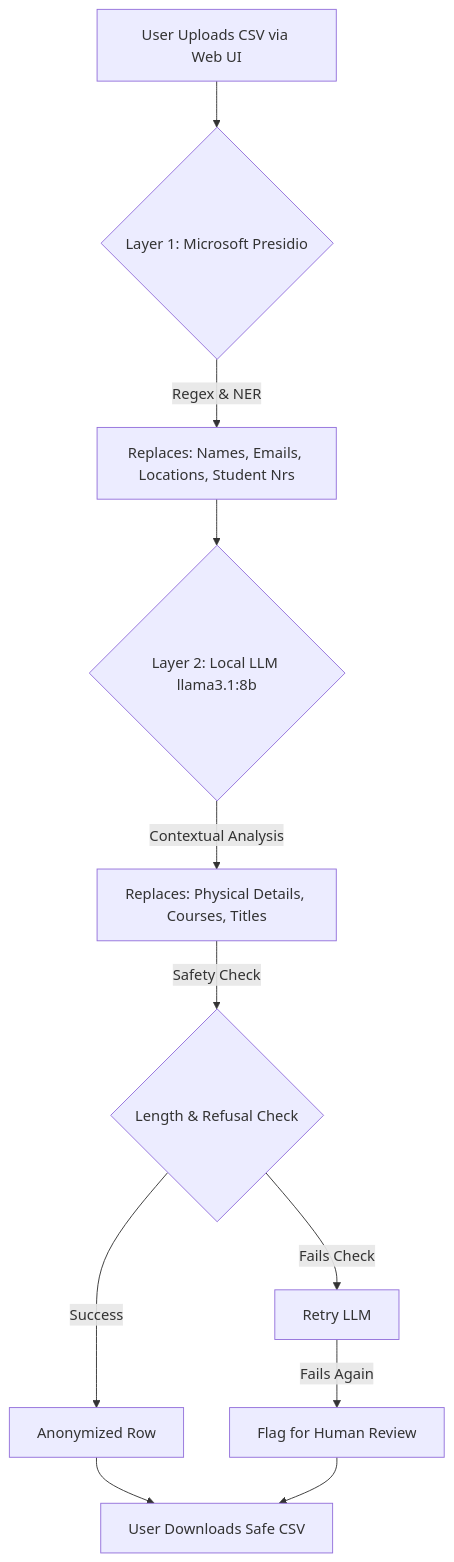
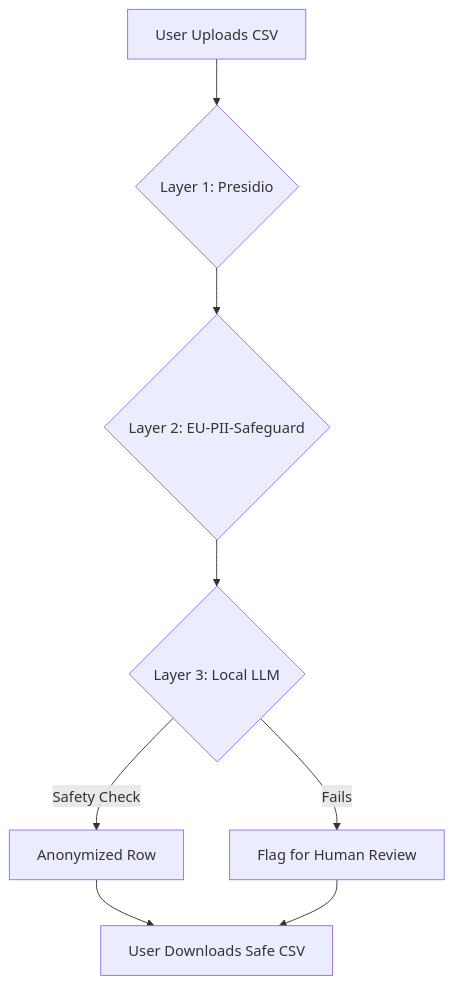
Before and after one commit to nickvanhooff/agents: the diagram in privacy_officer/README.md, drawn with Mermaid. The commit also changed other lines of this file and 10 other files, not shown here.

````diff
--- a/privacy_officer/README.md
+++ b/privacy_officer/README.md
@@ -30,13 +38,10 @@
 ```mermaid
 graph TD
-    A[User Uploads CSV via Web UI] --> B{Layer 1: Microsoft Presidio}
-    B -->|Regex & NER| C[Replaces: Names, Emails, Locations, Student Nrs]
-    C --> D{Layer 2: Local LLM llama3.1:8b}
-    D -->|Contextual Analysis| E[Replaces: Physical Details, Courses, Titles]
-    E -->|Safety Check| F{Length & Refusal Check}
-    F -->|Success| G[Anonymized Row]
-    F -->|Fails Check| H[Retry LLM]
-    H -->|Fails Again| I[Flag for Human Review]
-    G --> J[User Downloads Safe CSV]
-    I --> J
+    A[User Uploads CSV] --> B{Layer 1: Presidio}
+    B --> C{Layer 2: EU-PII-Safeguard}
+    C --> D{Layer 3: Local LLM}
+    D -->|Safety Check| E[Anonymized Row]
+    E --> F[User Downloads Safe CSV]
+    D -->|Fails| G[Flag for Human Review]
+    G --> F
 ```
````
